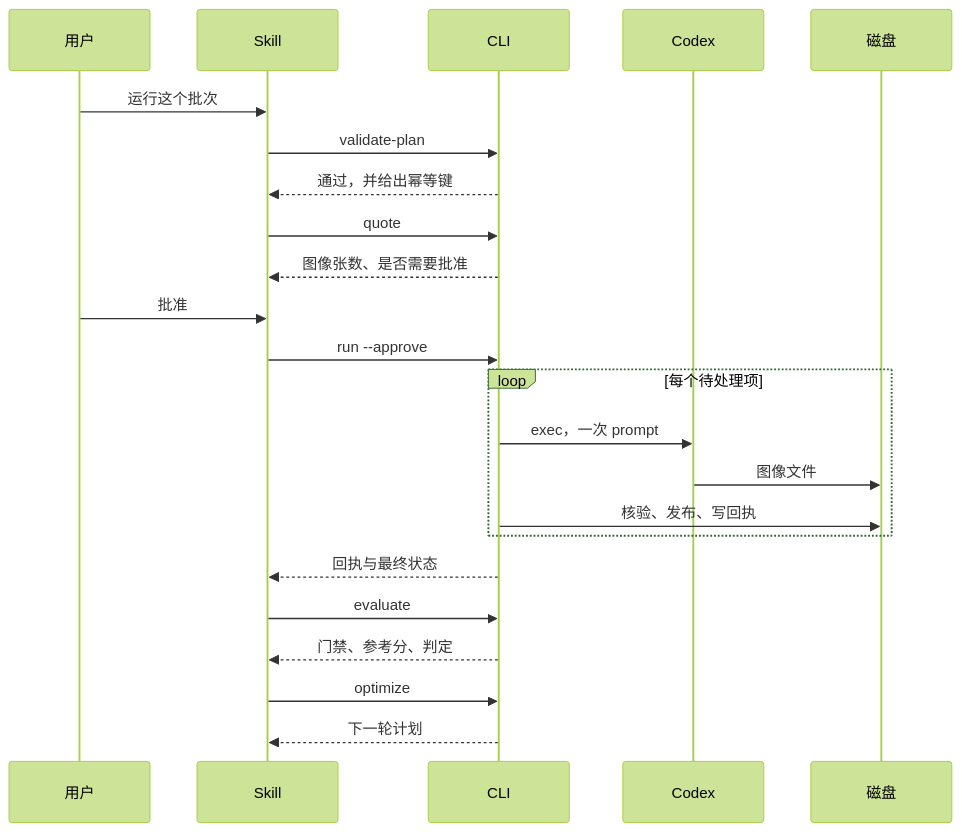
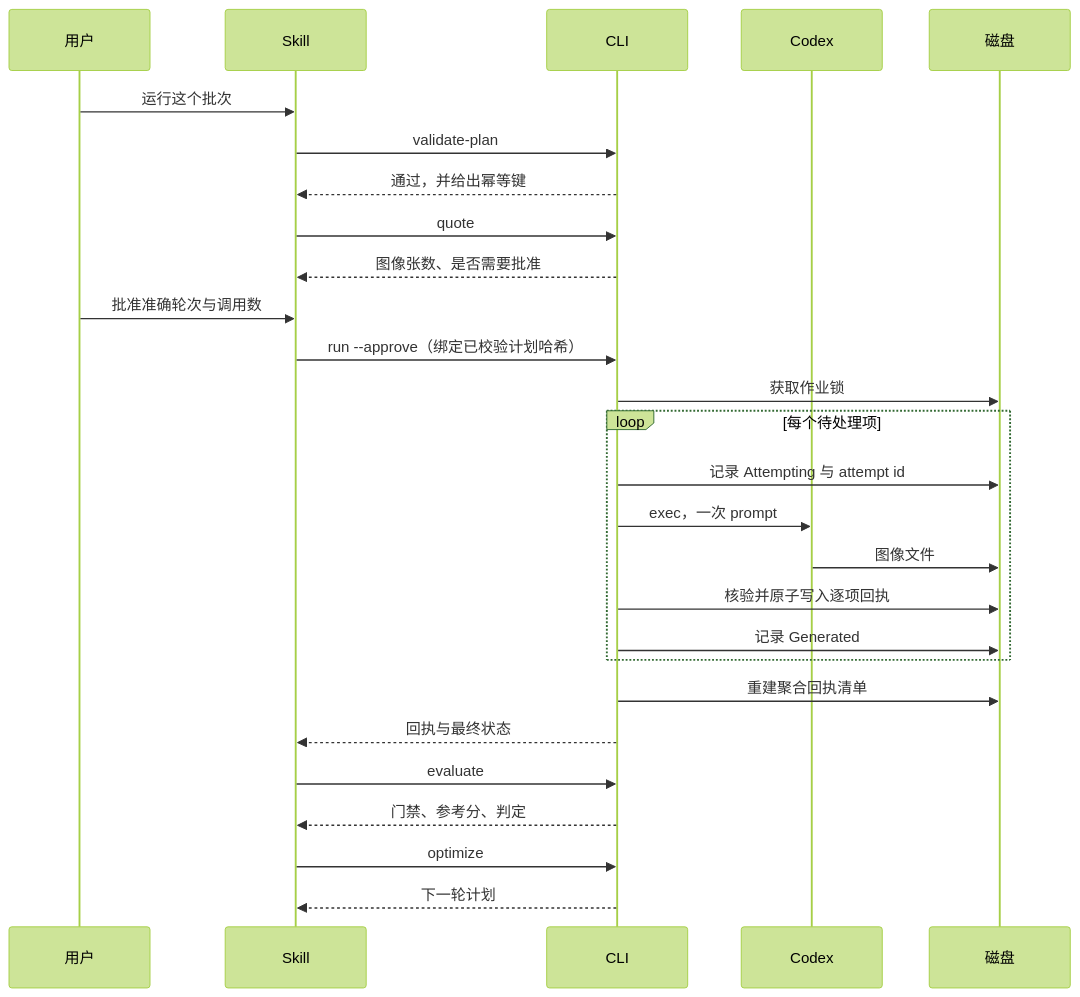
Before and after one commit to full-aigc-plugins/image-factory-plugin: the second of 2 diagrams in docs/Codex-Image-Factory-Plugin-Architecture.zh_CN.md, drawn with Mermaid (forest theme). The commit also changed other lines of this file and 10 other files, not shown here.

````diff
--- a/docs/Codex-Image-Factory-Plugin-Architecture.zh_CN.md
+++ b/docs/Codex-Image-Factory-Plugin-Architecture.zh_CN.md
@@ -59,26 +59,30 @@
 ```mermaid
 sequenceDiagram
   participant U as 用户
   participant K as Skill
   participant C as CLI
   participant X as Codex
   participant D as 磁盘
 
   U->>K: 运行这个批次
   K->>C: validate-plan
   C-->>K: 通过，并给出幂等键
   K->>C: quote
   C-->>K: 图像张数、是否需要批准
-  U->>K: 批准
-  K->>C: run --approve
+  U->>K: 批准准确轮次与调用数
+  K->>C: run --approve（绑定已校验计划哈希）
+  C->>D: 获取作业锁
   loop 每个待处理项
+    C->>D: 记录 Attempting 与 attempt id
     C->>X: exec，一次 prompt
     X->>D: 图像文件
-    C->>D: 核验、发布、写回执
+    C->>D: 核验并原子写入逐项回执
+    C->>D: 记录 Generated
   end
+  C->>D: 重建聚合回执清单
   C-->>K: 回执与最终状态
   K->>C: evaluate
   C-->>K: 门禁、参考分、判定
   K->>C: optimize
   C-->>K: 下一轮计划
 ```
````
